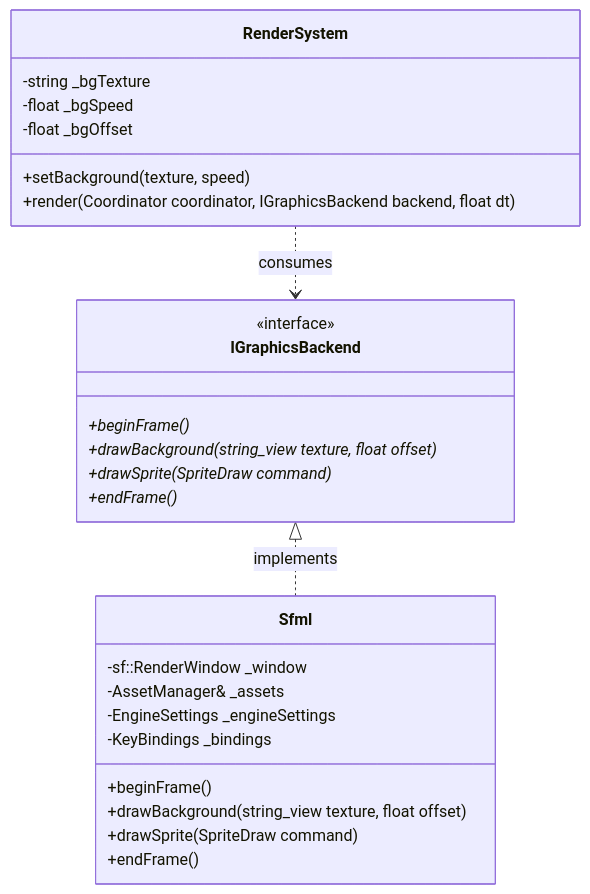
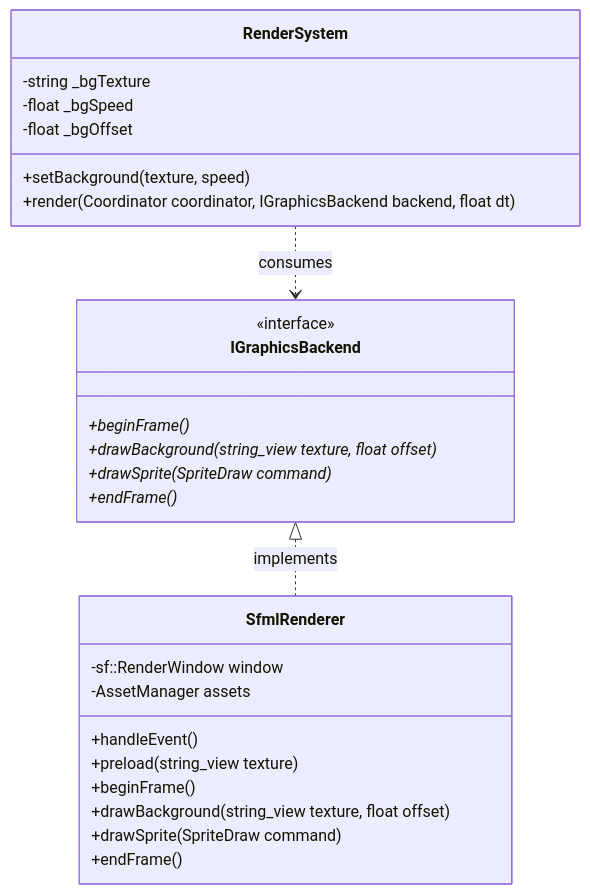
One commit to noambouillet/rtype changed the third of 4 diagrams in docs/architecture.md. Above: the diagram before and after it, drawn with Mermaid. The commit also changed other lines of this file and 2 other files, not shown here.

Commit message:
docs: document the engine SFML backends and the input module

````diff
--- a/docs/architecture.md
+++ b/docs/architecture.md
@@ -107,32 +107,32 @@
 ```mermaid
 classDiagram
     class IGraphicsBackend {
         <<interface>>
         +beginFrame()*
         +drawBackground(string_view texture, float offset)*
         +drawSprite(SpriteDraw command)*
         +endFrame()*
     }
 
-    class Sfml {
-        -sf::RenderWindow _window
-        -AssetManager& _assets
-        -EngineSettings _engineSettings
-        -KeyBindings _bindings
+    class SfmlRenderer {
+        -sf::RenderWindow window
+        -AssetManager assets
+        +handleEvent()
+        +preload(string_view texture)
         +beginFrame()
         +drawBackground(string_view texture, float offset)
         +drawSprite(SpriteDraw command)
         +endFrame()
     }
 
     class RenderSystem {
         -string _bgTexture
         -float _bgSpeed
         -float _bgOffset
         +setBackground(texture, speed)
         +render(Coordinator coordinator, IGraphicsBackend backend, float dt)
     }
 
-    IGraphicsBackend <|.. Sfml : implements
+    IGraphicsBackend <|.. SfmlRenderer : implements
     RenderSystem ..> IGraphicsBackend : consumes
 ```
````
